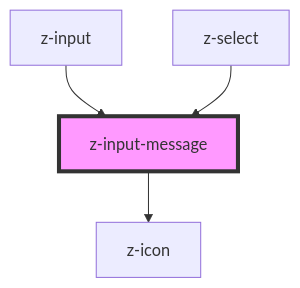
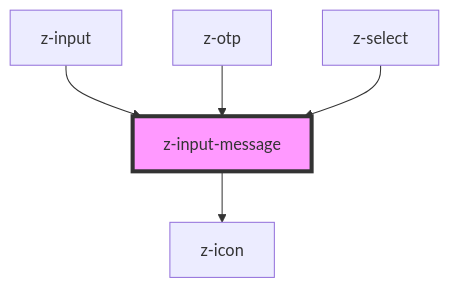
One commit to ZanichelliEditore/design-system changed the diagram in src/components/inputs/z-input-message/readme.md. Above: the diagram before and after it, drawn with Mermaid. The commit also changed other lines of this file and 5 other files, not shown here.

````diff
--- a/src/components/inputs/z-input-message/readme.md
+++ b/src/components/inputs/z-input-message/readme.md
@@ -28,7 +29,8 @@
 ```mermaid
 graph TD;
   z-input-message --> z-icon
   z-input --> z-input-message
+  z-otp --> z-input-message
   z-select --> z-input-message
   style z-input-message fill:#f9f,stroke:#333,stroke-width:4px
 ```
````
